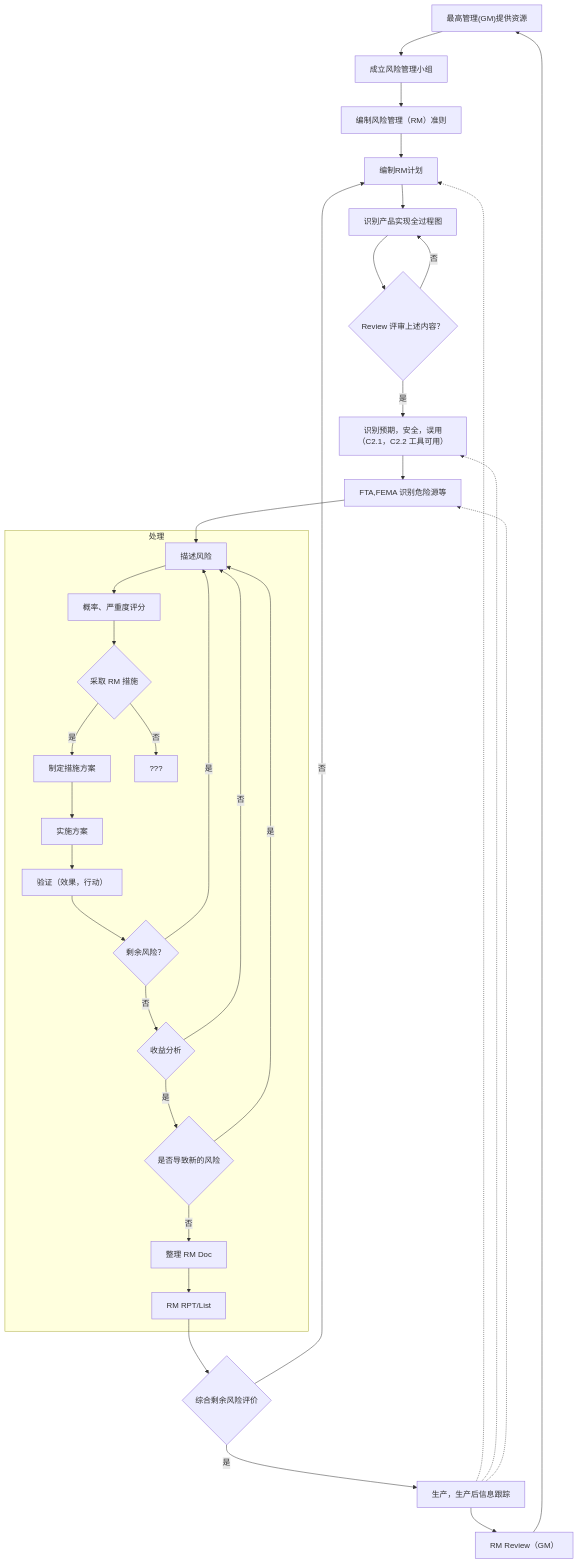
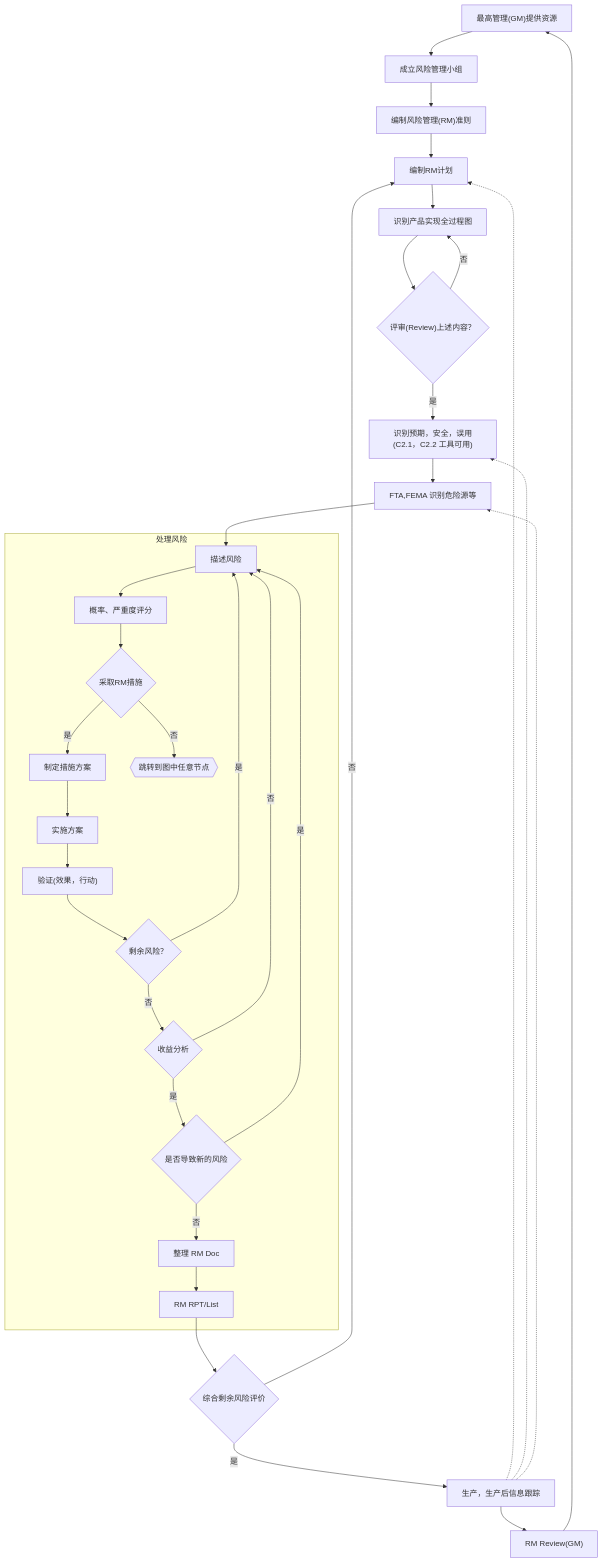
One commit to celeron533/ISO14971 changed the diagram in README.md. Above: the diagram before and after it, drawn with Mermaid.

Commit message:
微调流程图

````diff
--- a/README.md
+++ b/README.md
@@ -4,39 +4,39 @@
 ```mermaid
 ---
 ISO14971:2019 决策树
 ---
 flowchart TD
     id1["最高管理(GM)提供资源"]-->id2[成立风险管理小组]
-    id2-->id3["编制风险管理（RM）准则"]
+    id2-->id3["编制风险管理(RM)准则"]
     id3-->id4["编制RM计划"]
     id4-->id5["识别产品实现全过程图"]
-    id5-->id6{"Review 评审上述内容？"}
+    id5-->id6{"评审(Review)上述内容？"}
     id6-->|否|id5
-    id6-->|是|id7["识别预期，安全，误用（C2.1，C2.2 工具可用）"]
+    id6-->|是|id7["识别预期，安全，误用(C2.1，C2.2 工具可用)"]
     id7-->id8["FTA,FEMA 识别危险源等"]
     id8-->id9["描述风险"]
-    subgraph 处理
+    subgraph 处理风险
         id9-->id10["概率、严重度评分"]
-        id10-->id11{"采取 RM 措施"}
+        id10-->id11{"采取RM措施"}
         id11-->|是|id12["制定措施方案"]
-        id11-->|否|???
+        id11-->|否|id23{{"跳转到图中任意节点"}}
         id12-->id13["实施方案"]
-        id13-->id14["验证（效果，行动）"]
+        id13-->id14["验证(效果，行动)"]
         id14-->id15{"剩余风险？"}
         id15-->|否|id16{"收益分析"}
         id15-->|是|id9
         id16-->|是|id17{"是否导致新的风险"}
         id16-->|否|id9
         id17-->|否|id18["整理 RM Doc"]
         id17-->|是|id9
         id18-->id19["RM RPT/List"]
     end
     id19-->id20{"综合剩余风险评价"}
     id20-->|是|id21["生产，生产后信息跟踪"]
     id20-->|否|id4
-    id21-->id22["RM Review（GM）"]
+    id21-->id22["RM Review(GM)"]
     id21-.->id4
     id21-.->id7
     id21-.->id8
     id22-->id1
 ```
````
